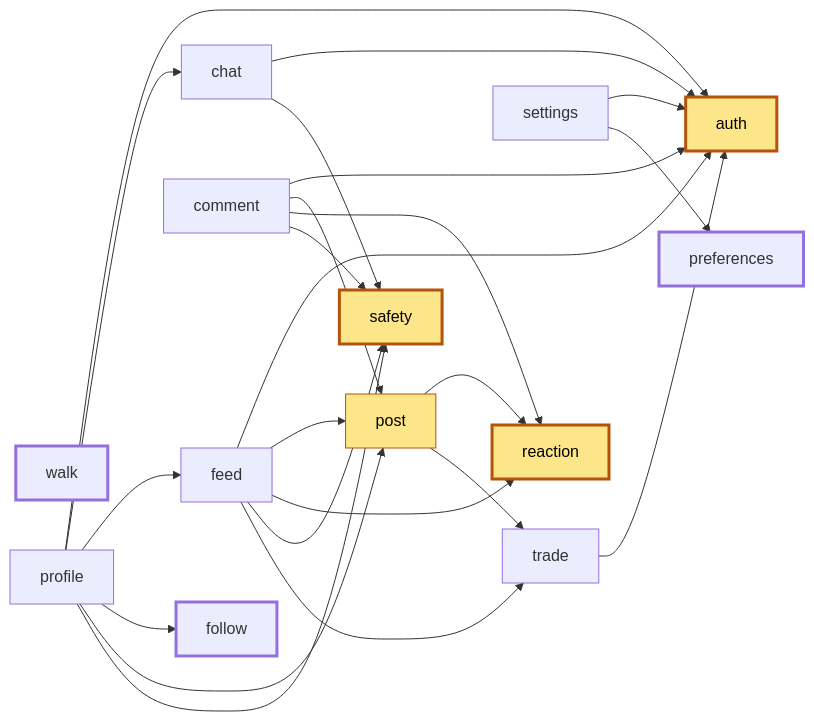
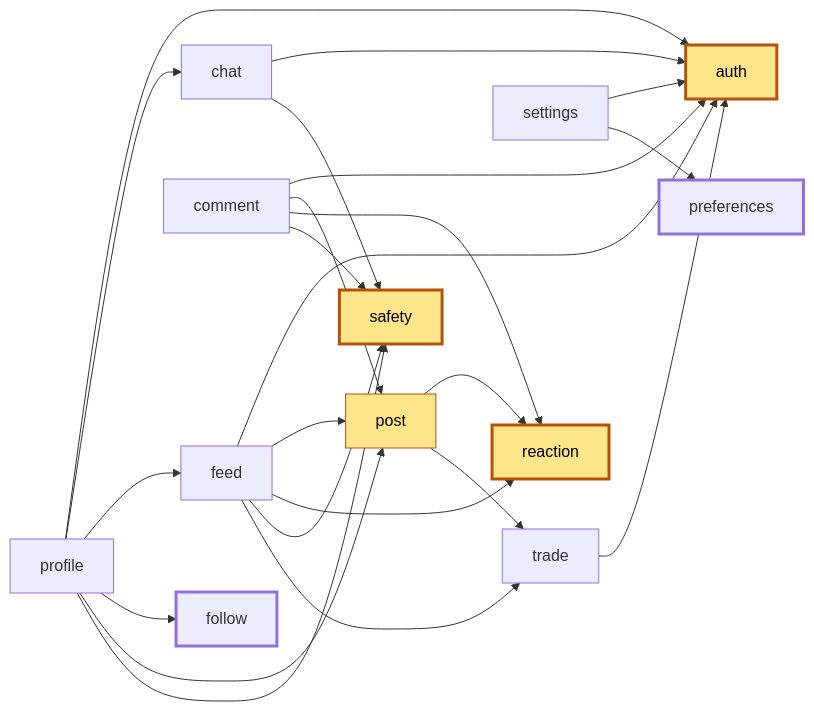
One commit to karma951221/flutter_apps changed the second of 3 diagrams in docs/dependencies.md. Above: the diagram before and after it, drawn with Mermaid. The commit also changed other lines of this file and 236 other files, not shown here.

````diff
--- a/docs/dependencies.md
+++ b/docs/dependencies.md
@@ -59,44 +54,43 @@
 ```mermaid
 flowchart LR
   classDef leaf stroke-width:3px
   classDef hub fill:#fde68a,stroke:#b45309,color:#000
 
   auth:::hub
   safety:::hub
   post:::hub
   reaction:::hub
   trade
   follow:::leaf
   preferences:::leaf
-  walk:::leaf
   chat
   comment
   feed
   settings
   profile
 
-  class auth,safety,reaction,follow,preferences,walk leaf
+  class auth,safety,reaction,follow,preferences leaf
 
   trade --> auth
   post --> reaction
   post --> trade
   chat --> auth
   chat --> safety
   settings --> auth
   settings --> preferences
   comment --> auth
   comment --> post
   comment --> reaction
   comment --> safety
   feed --> auth
   feed --> post
   feed --> reaction
   feed --> safety
   feed --> trade
   profile --> auth
   profile --> chat
   profile --> feed
   profile --> follow
   profile --> post
   profile --> safety
 ```
````
